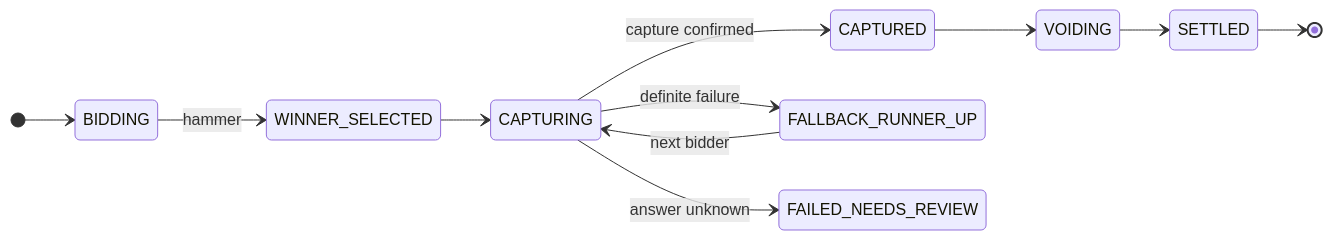
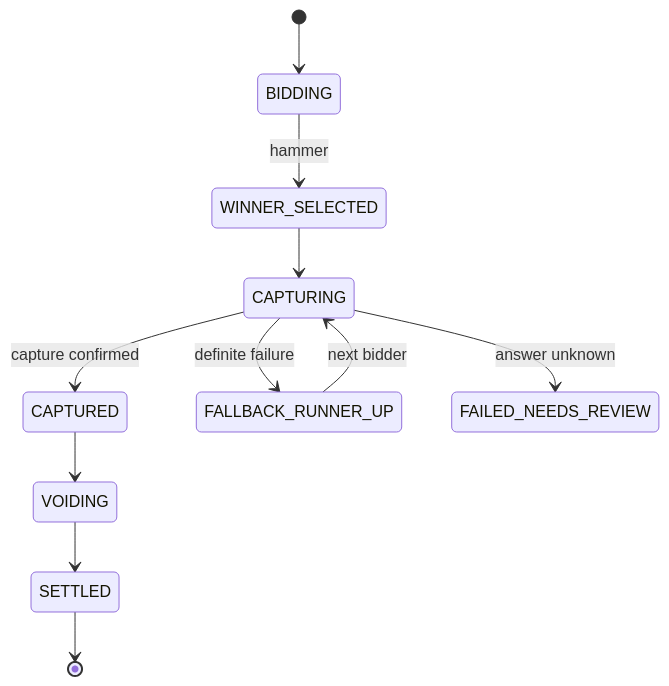
One commit to harshbhx/gavel-auction changed the second of 3 diagrams in README.md. Above: the diagram before and after it, drawn with Mermaid.

Commit message:
docs(repo): draw the settlement states top to bottom

````diff
--- a/README.md
+++ b/README.md
@@ -73,14 +73,13 @@
 ```mermaid
 stateDiagram-v2
-  direction LR
   [*] --> BIDDING
   BIDDING --> WINNER_SELECTED: hammer
   WINNER_SELECTED --> CAPTURING
   CAPTURING --> CAPTURED: capture confirmed
   CAPTURING --> FALLBACK_RUNNER_UP: definite failure
   FALLBACK_RUNNER_UP --> CAPTURING: next bidder
   CAPTURING --> FAILED_NEEDS_REVIEW: answer unknown
   CAPTURED --> VOIDING
   VOIDING --> SETTLED
   SETTLED --> [*]
 ```
````
